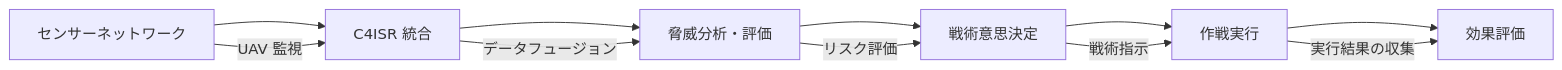
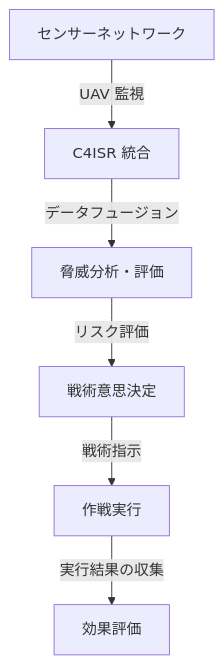
One commit to shuji-bonji/Situational-Awareness-and-Decision-Making changed the second of 2 diagrams in docs/software/military-sa-software.md. Above: the diagram before and after it, drawn with Mermaid. The commit also changed other lines of this file and 51 other files, not shown here.

````diff
--- a/docs/software/military-sa-software.md
+++ b/docs/software/military-sa-software.md
@@ -67,14 +72,8 @@
 ```mermaid
-graph LR
-    A1[センサーネットワーク] --> A2[C4ISR 統合]
-    A2 --> A3[脅威分析・評価]
-    A3 --> A4[戦術意思決定]
-    A4 --> A5[作戦実行]
-    A5 --> A6[効果評価]
-
-    A1 -->|UAV 監視| A2
-    A2 -->|データフュージョン| A3
-    A3 -->|リスク評価| A4
-    A4 -->|戦術指示| A5
-    A5 -->|実行結果の収集| A6
+graph TB
+    A1[センサーネットワーク] -->|UAV 監視| A2[C4ISR 統合]
+    A2 -->|データフュージョン| A3[脅威分析・評価]
+    A3 -->|リスク評価| A4[戦術意思決定]
+    A4 -->|戦術指示| A5[作戦実行]
+    A5 -->|実行結果の収集| A6[効果評価]
 ```
````
